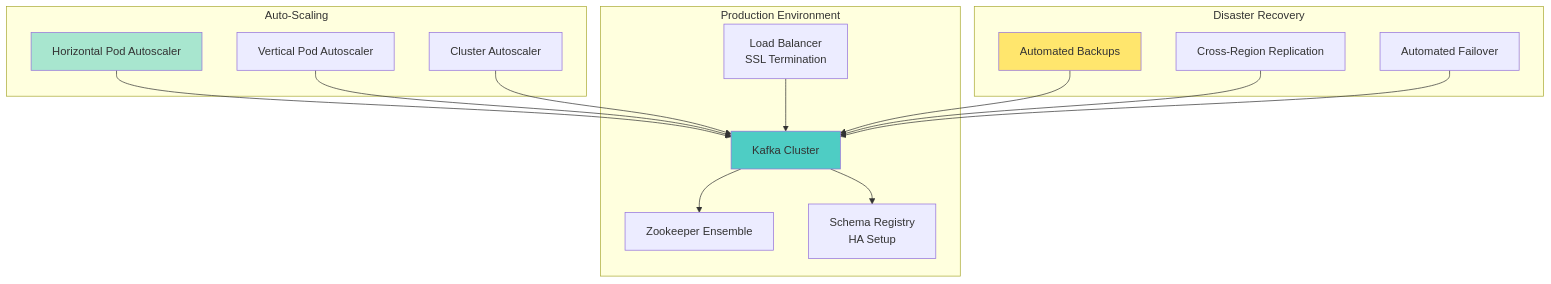
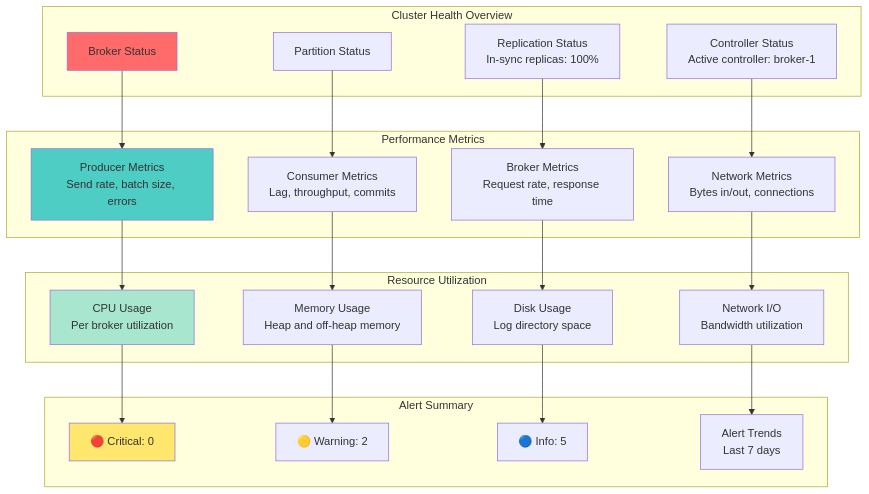
The fifth of 10 diagrams in class/modules/lesson_20/concept.md (vorrawut/KafkaStarter), drawn with Mermaid before and after one commit. The commit also changed other lines of this file and 204 other files, not shown here.

````diff
--- a/class/modules/lesson_20/concept.md
+++ b/class/modules/lesson_20/concept.md
@@ -12,37 +305,50 @@
 ```mermaid
 graph TB
-    subgraph "Production Environment"
-        LB[Load Balancer<br/>SSL Termination]
-        KAFKA_CLUSTER[Kafka Cluster<br/&gt;3+ Brokers]
-        ZK_CLUSTER[Zookeeper Ensemble<br/&gt;3+ Nodes]
-        SR[Schema Registry<br/>HA Setup]
+    subgraph "Cluster Health Overview"
+        BROKER_STATUS[Broker Status<br/&gt;3/3 brokers online]
+        PARTITION_STATUS[Partition Status<br/&gt;150 partitions healthy]
+        REPLICATION[Replication Status<br/>In-sync replicas: 100%]
+        CONTROLLER[Controller Status<br/>Active controller: broker-1]
     end
     
-    subgraph "Auto-Scaling"
-        HPA[Horizontal Pod Autoscaler]
-        VPA[Vertical Pod Autoscaler]
-        CLUSTER_AUTO[Cluster Autoscaler]
+    subgraph "Performance Metrics"
+        PRODUCER_METRICS[Producer Metrics<br/>Send rate, batch size, errors]
+        CONSUMER_METRICS[Consumer Metrics<br/>Lag, throughput, commits]
+        BROKER_METRICS[Broker Metrics<br/>Request rate, response time]
+        NETWORK_METRICS[Network Metrics<br/>Bytes in/out, connections]
     end
     
-    subgraph "Disaster Recovery"
-        BACKUP[Automated Backups]
-        REPLICATION[Cross-Region Replication]
-        FAILOVER[Automated Failover]
+    subgraph "Resource Utilization"
+        CPU_CHART[CPU Usage<br/>Per broker utilization]
+        MEMORY_CHART[Memory Usage<br/>Heap and off-heap memory]
+        DISK_CHART[Disk Usage<br/>Log directory space]
+        NETWORK_CHART[Network I/O<br/>Bandwidth utilization]
     end
     
-    LB --> KAFKA_CLUSTER
-    KAFKA_CLUSTER --> ZK_CLUSTER
-    KAFKA_CLUSTER --> SR
+    subgraph "Alert Summary"
+        CRITICAL_ALERTS[🔴 Critical: 0]
+        WARNING_ALERTS[🟡 Warning: 2]
+        INFO_ALERTS[🔵 Info: 5]
+        ALERT_TRENDS[Alert Trends<br/>Last 7 days]
+    end
     
-    HPA --> KAFKA_CLUSTER
-    VPA --> KAFKA_CLUSTER
-    CLUSTER_AUTO --> KAFKA_CLUSTER
+    BROKER_STATUS --> PRODUCER_METRICS
+    PARTITION_STATUS --> CONSUMER_METRICS
+    REPLICATION --> BROKER_METRICS
+    CONTROLLER --> NETWORK_METRICS
     
-    BACKUP --> KAFKA_CLUSTER
-    REPLICATION --> KAFKA_CLUSTER
-    FAILOVER --> KAFKA_CLUSTER
+    PRODUCER_METRICS --> CPU_CHART
+    CONSUMER_METRICS --> MEMORY_CHART
+    BROKER_METRICS --> DISK_CHART
+    NETWORK_METRICS --> NETWORK_CHART
     
-    style KAFKA_CLUSTER fill:#4ecdc4
-    style HPA fill:#a8e6cf
-    style BACKUP fill:#ffe66d
+    CPU_CHART --> CRITICAL_ALERTS
+    MEMORY_CHART --> WARNING_ALERTS
+    DISK_CHART --> INFO_ALERTS
+    NETWORK_CHART --> ALERT_TRENDS
+    
+    style BROKER_STATUS fill:#ff6b6b
+    style PRODUCER_METRICS fill:#4ecdc4
+    style CPU_CHART fill:#a8e6cf
+    style CRITICAL_ALERTS fill:#ffe66d
 ```
````
